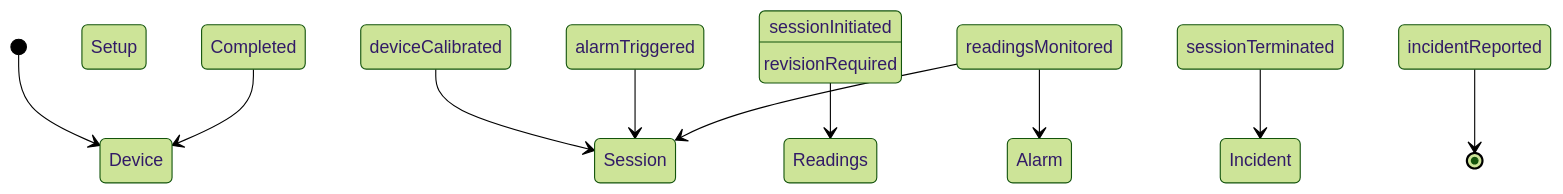
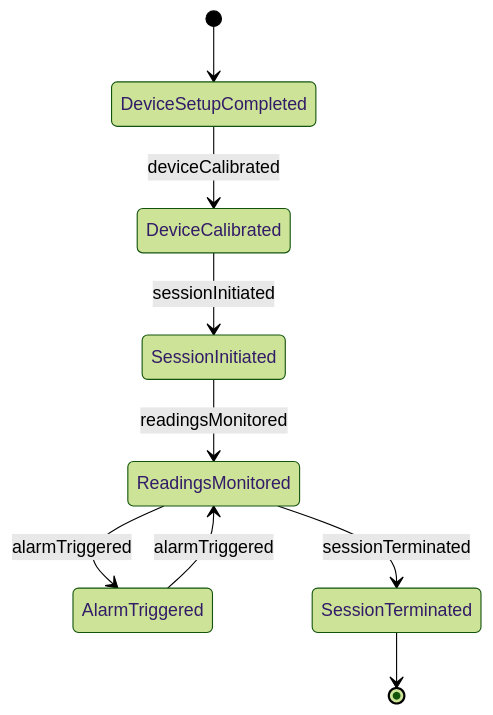
One commit to dot-org-ai/tasks.org.ai changed the second of 4 diagrams in ControllingMachinesAndProcesses/OperateMedicalEquipment/OperateMedicalEquipment.mdx. Above: the diagram before and after it, drawn with Mermaid (forest theme). The commit also changed other lines of this file and 515 other files, not shown here.

````diff
--- a/ControllingMachinesAndProcesses/OperateMedicalEquipment/OperateMedicalEquipment.mdx
+++ b/ControllingMachinesAndProcesses/OperateMedicalEquipment/OperateMedicalEquipment.mdx
@@ -98,12 +98,11 @@
 ```mermaid
 stateDiagram-v2
-    [*] --> Device Setup Completed
-    Device Setup Completed --> Device Calibrated : deviceCalibrated
-    Device Calibrated --> Session Initiated : sessionInitiated
-    Session Initiated --> Readings Monitored : readingsMonitored
-    Readings Monitored --> Alarm Triggered : alarmTriggered
-    Alarm Triggered --> Session Terminated : sessionTerminated
-    Session Terminated --> Incident Reported : incidentReported
-    Readings Monitored --> Session Initiated : revisionRequired
-    Incident Reported --> [*]
+    [*] --> DeviceSetupCompleted
+    DeviceSetupCompleted --> DeviceCalibrated : deviceCalibrated
+    DeviceCalibrated --> SessionInitiated : sessionInitiated
+    SessionInitiated --> ReadingsMonitored : readingsMonitored
+    ReadingsMonitored --> AlarmTriggered : alarmTriggered
+    AlarmTriggered --> ReadingsMonitored : alarmTriggered
+    ReadingsMonitored --> SessionTerminated : sessionTerminated
+    SessionTerminated --> [*]
 ```
````
